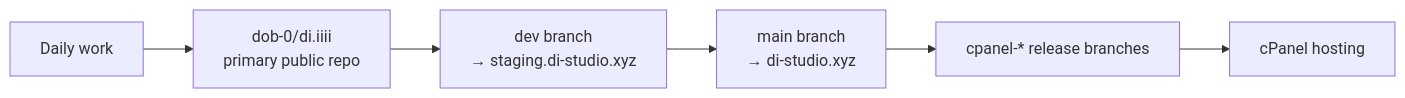
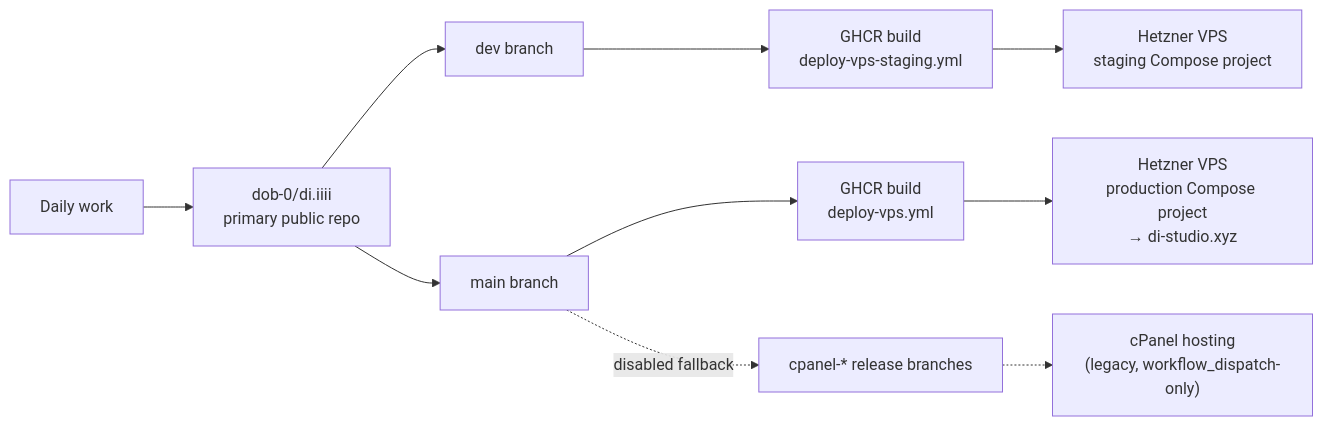
The diagram in README.md (dob-0/di.iiii), drawn with Mermaid before and after one commit. The commit also changed other lines of this file and 9 other files, not shown here.

First line of the commit message:
docs: rewrite cPanel-era deploy narrative around the VPS golden path

````diff
--- a/README.md
+++ b/README.md
@@ -197,8 +200,12 @@
 ```mermaid
 flowchart LR
     work["Daily work"] --> dev["dob-0/di.iiii<br/>primary public repo"]
-    dev --> branchDev["dev branch<br/>→ staging.di-studio.xyz"]
-    branchDev --> branchMain["main branch<br/>→ di-studio.xyz"]
-    branchMain --> release["cpanel-* release branches"]
-    release --> hosting["cPanel hosting"]
+    dev --> branchDev["dev branch"]
+    dev --> branchMain["main branch"]
+    branchDev --> ghcrStaging["GHCR build<br/>deploy-vps-staging.yml"]
+    branchMain --> ghcrProd["GHCR build<br/>deploy-vps.yml"]
+    ghcrStaging --> vpsStaging["Hetzner VPS<br/>staging Compose project"]
+    ghcrProd --> vpsProd["Hetzner VPS<br/>production Compose project<br/>→ di-studio.xyz"]
+    branchMain -.disabled fallback.-> release["cpanel-* release branches"]
+    release -.-> hosting["cPanel hosting<br/>(legacy, workflow_dispatch-only)"]
 ```
````
